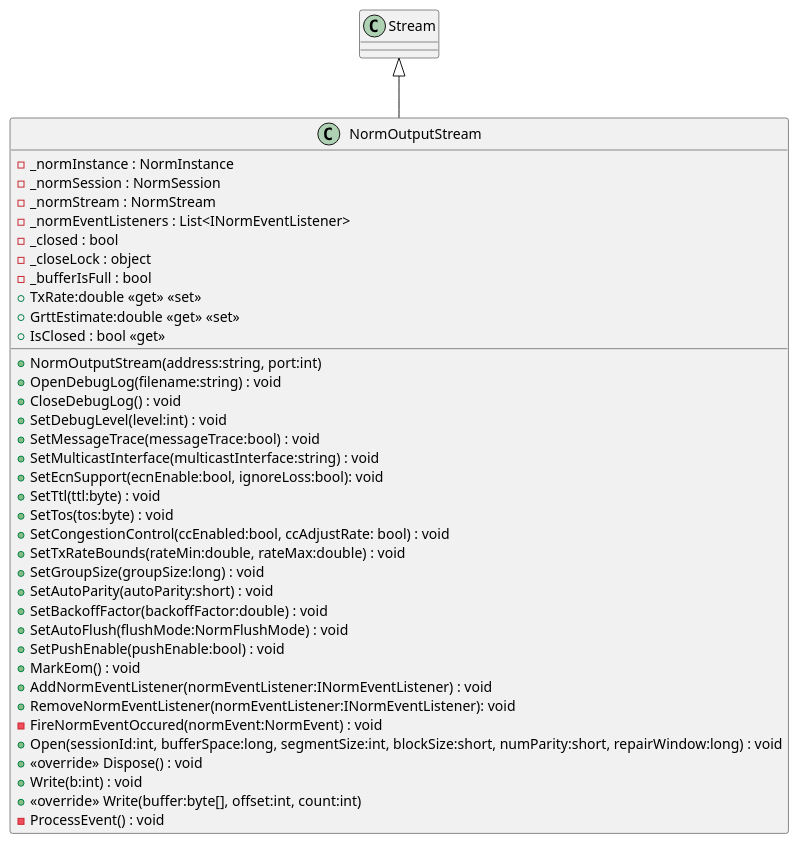
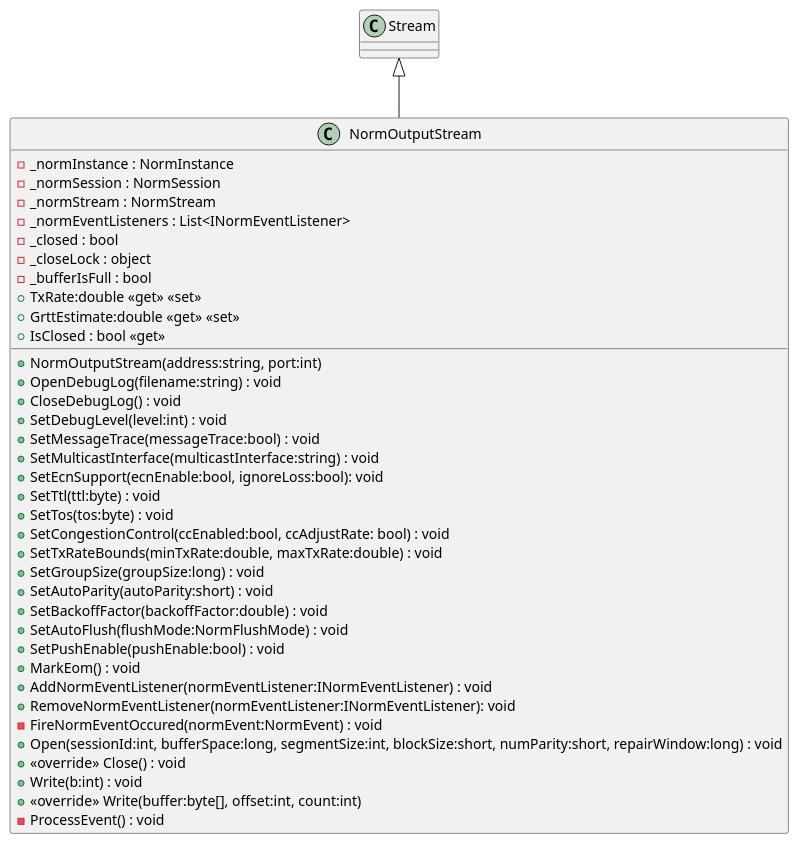
Before and after one commit to mullerj/norm: the diagram in src/dotnet/design/Mil/Navy/Nrl/Norm/IO/NormOutputStream.puml, drawn with PlantUML. The commit also changed 2 other files, not shown here.

```diff
--- a/src/dotnet/design/Mil/Navy/Nrl/Norm/IO/NormOutputStream.puml
+++ b/src/dotnet/design/Mil/Navy/Nrl/Norm/IO/NormOutputStream.puml
@@ -1,40 +1,40 @@
 @startuml
 class NormOutputStream {
     - _normInstance : NormInstance
     - _normSession : NormSession
     - _normStream : NormStream
     - _normEventListeners : List<INormEventListener>
     - _closed : bool
     - _closeLock : object
     - _bufferIsFull : bool
     + NormOutputStream(address:string, port:int)
     + OpenDebugLog(filename:string) : void
     + CloseDebugLog() : void
     + SetDebugLevel(level:int) : void
     + SetMessageTrace(messageTrace:bool) : void
     + SetMulticastInterface(multicastInterface:string) : void
     + SetEcnSupport(ecnEnable:bool, ignoreLoss:bool): void
     + SetTtl(ttl:byte) : void
     + SetTos(tos:byte) : void
     + SetCongestionControl(ccEnabled:bool, ccAdjustRate: bool) : void
-    + SetTxRateBounds(rateMin:double, rateMax:double) : void
+    + SetTxRateBounds(minTxRate:double, maxTxRate:double) : void
     + TxRate:double <<get>> <<set>>
     + GrttEstimate:double <<get>> <<set>>
     + SetGroupSize(groupSize:long) : void
     + SetAutoParity(autoParity:short) : void
     + SetBackoffFactor(backoffFactor:double) : void
     + SetAutoFlush(flushMode:NormFlushMode) : void
     + SetPushEnable(pushEnable:bool) : void
     + MarkEom() : void
     + AddNormEventListener(normEventListener:INormEventListener) : void
     + RemoveNormEventListener(normEventListener:INormEventListener): void
     - FireNormEventOccured(normEvent:NormEvent) : void
     + Open(sessionId:int, bufferSpace:long, segmentSize:int, blockSize:short, numParity:short, repairWindow:long) : void
-    + <<override>> Dispose() : void
+    + <<override>> Close() : void
     + IsClosed : bool <<get>>
     + Write(b:int) : void
     + <<override>> Write(buffer:byte[], offset:int, count:int)
     - ProcessEvent() : void
 }
 Stream <|-- NormOutputStream
 @enduml
```
